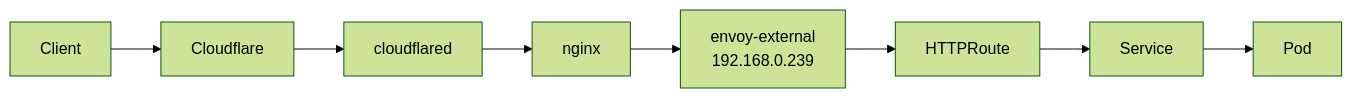
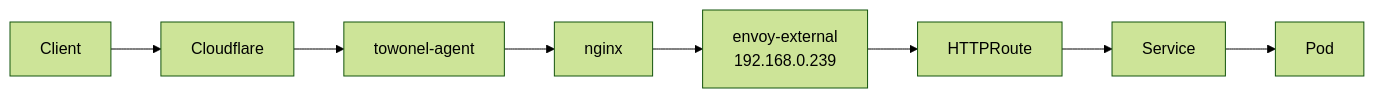
Before and after one commit to swibrow/home-ops: the diagram in docs/operations/troubleshooting.md, drawn with Mermaid (forest theme). The commit also changed other lines of this file and 28 other files, not shown here.

First line of the commit message:
feat(networking): deprecate cloudflared, towonel is the only tunnel

````diff
--- a/docs/operations/troubleshooting.md
+++ b/docs/operations/troubleshooting.md
@@ -256,10 +256,10 @@
 ```mermaid
 flowchart LR
     Client --> CF[Cloudflare]
-    CF --> Tunnel[cloudflared]
+    CF --> Tunnel[towonel-agent]
     Tunnel --> Nginx[nginx]
     Nginx --> EE[envoy-external<br/>192.168.0.239]
     EE --> Route[HTTPRoute]
     Route --> Svc[Service]
     Svc --> Pod[Pod]
 ```
````
